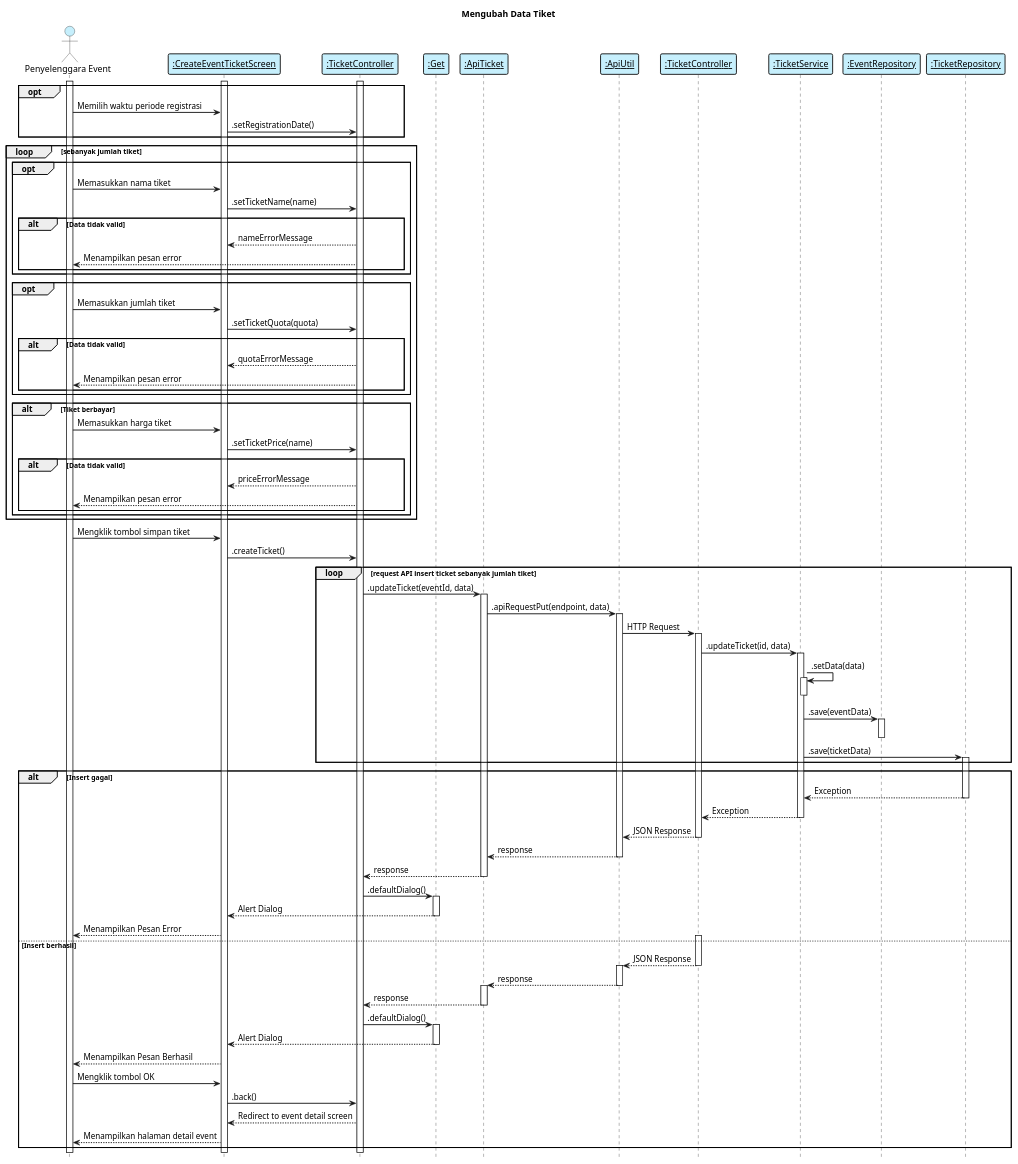
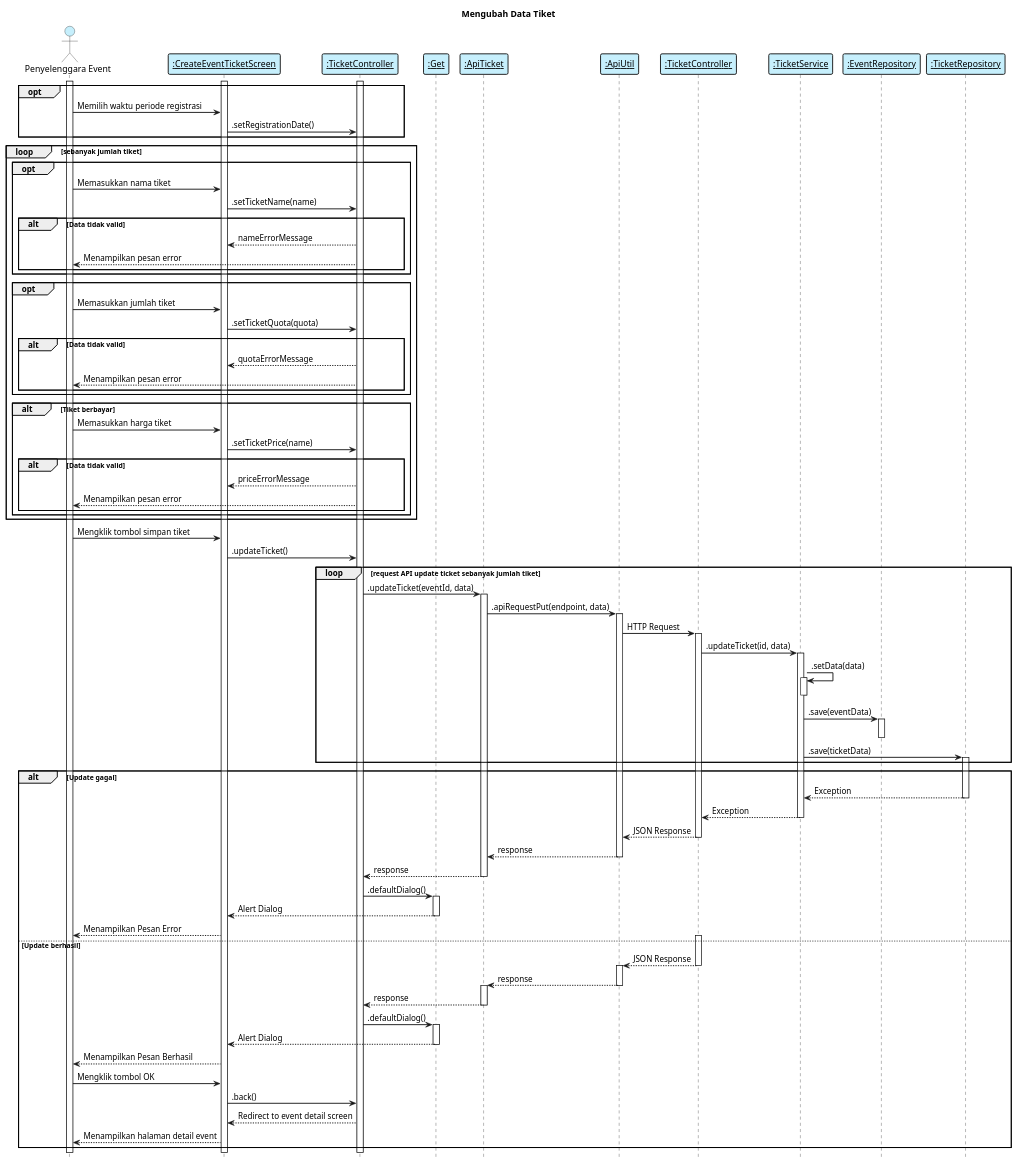
Before and after one commit to irfanfarras10/myevent-sequence: the diagram in edit data ticket.wsd, drawn with PlantUML. The commit also changed 5 other files, not shown here.

Commit message:
fix sequence wording

```diff
--- a/edit data ticket.wsd
+++ b/edit data ticket.wsd
@@ -1,122 +1,122 @@
 @startuml edit data tiket
 
     title "Mengubah Data Tiket"
     hide footbox
     skinparam shadowing false
     skinparam sequence {    
         ArrowThickness 1.5
         ActorFontName Century Gothic
         ActorBackgroundColor  #C6EFFC
         ArrowFontName Century Gothic
         ParticipantBorderThickness 1.5
         ParticipantBackgroundColor #C6EFFC
     }
 
     actor "Penyelenggara Event" as eo
     participant "__:CreateEventTicketScreen__" as viewTicket
     participant "__:TicketController__" as controllerTicket
     participant "__:Get__" as libGet
     participant "__:ApiTicket__" as apiTicket
     participant "__:ApiUtil__" as apiUtil
     participant "__:TicketController__" as controllerTicketBackend
     participant "__:TicketService__" as serviceTicket
     participant "__:EventRepository__" as repositoryEvent
     participant "__:TicketRepository__" as repositoryTicket
 
     activate eo
     activate viewTicket
     activate controllerTicket
 
     opt
         eo -> viewTicket: Memilih waktu periode registrasi
         viewTicket -> controllerTicket: .setRegistrationDate()
     end
 
     loop sebanyak jumlah tiket
         opt
             eo -> viewTicket: Memasukkan nama tiket
             viewTicket -> controllerTicket: .setTicketName(name)
             alt Data tidak valid
                 viewTicket <-- controllerTicket: nameErrorMessage
                 eo <-- controllerTicket: Menampilkan pesan error
             end
         end
 
         opt
             eo -> viewTicket: Memasukkan jumlah tiket 
             viewTicket -> controllerTicket: .setTicketQuota(quota)
             alt Data tidak valid
                 viewTicket <-- controllerTicket: quotaErrorMessage
                 eo <-- controllerTicket: Menampilkan pesan error
             end
         end
         
         alt Tiket berbayar
             eo -> viewTicket: Memasukkan harga tiket 
             viewTicket -> controllerTicket: .setTicketPrice(name)
             alt Data tidak valid
                 viewTicket <-- controllerTicket: priceErrorMessage
                 eo <-- controllerTicket: Menampilkan pesan error
             end
         end
     end
 
     eo -> viewTicket: Mengklik tombol simpan tiket
-    viewTicket -> controllerTicket: .createTicket()
-    loop request API insert ticket sebanyak jumlah tiket
+    viewTicket -> controllerTicket: .updateTicket()
+    loop request API update ticket sebanyak jumlah tiket
         controllerTicket -> apiTicket: .updateTicket(eventId, data)
         activate apiTicket
         apiTicket -> apiUtil: .apiRequestPut(endpoint, data)
         activate apiUtil
         apiUtil -> controllerTicketBackend: HTTP Request
         activate controllerTicketBackend
         controllerTicketBackend -> serviceTicket: .updateTicket(id, data)
         activate serviceTicket
         serviceTicket -> serviceTicket: .setData(data)
         activate serviceTicket
         deactivate serviceTicket
         serviceTicket -> repositoryEvent: .save(eventData)
         activate repositoryEvent
         deactivate repositoryEvent
         serviceTicket -> repositoryTicket: .save(ticketData)
         activate repositoryTicket
     end
 
-      alt Insert gagal
+      alt Update gagal
             repositoryTicket --> serviceTicket: Exception
             deactivate 
             serviceTicket --> controllerTicketBackend: Exception
             deactivate 
             controllerTicketBackend --> apiUtil: JSON Response
             deactivate 
             apiUtil --> apiTicket: response 
             deactivate 
             apiTicket --> controllerTicket: response 
             deactivate 
             controllerTicket -> libGet: .defaultDialog()
             activate libGet
             libGet --> viewTicket: Alert Dialog
             deactivate libGet
             viewTicket --> eo: Menampilkan Pesan Error
-        else Insert berhasil
+        else Update berhasil
             activate controllerTicketBackend
             controllerTicketBackend --> apiUtil: JSON Response
             deactivate controllerTicketBackend
             activate apiUtil
             apiUtil --> apiTicket: response
             deactivate apiUtil
             activate apiTicket
             apiTicket --> controllerTicket: response
             deactivate apiTicket
             controllerTicket -> libGet: .defaultDialog()
             activate libGet
             libGet --> viewTicket: Alert Dialog
             deactivate libGet
             viewTicket --> eo: Menampilkan Pesan Berhasil
             eo -> viewTicket: Mengklik tombol OK
             viewTicket -> controllerTicket: .back()
             controllerTicket --> viewTicket: Redirect to event detail screen
             viewTicket --> eo: Menampilkan halaman detail event
         end
 
 @enduml
```
